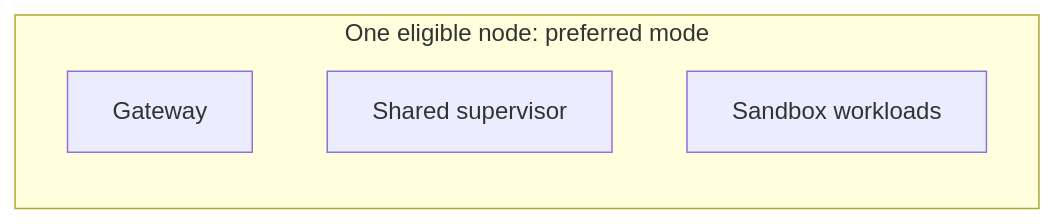
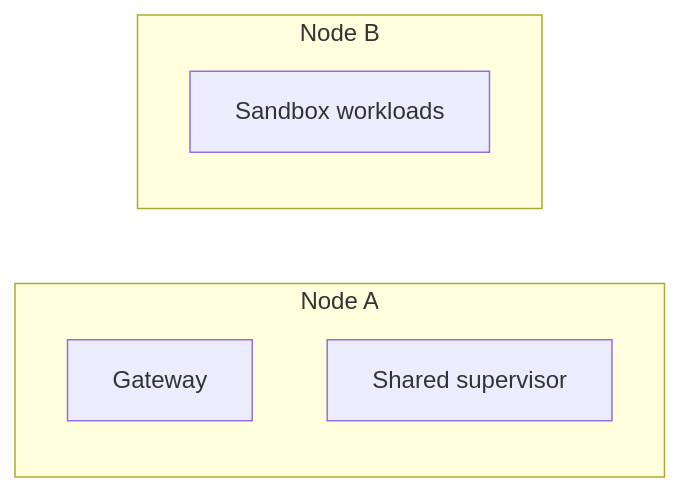
One commit to NVIDIA/OpenShell changed the first of 3 diagrams in docs/kubernetes/pod-placement.mdx. Above: the diagram before and after it, drawn with Mermaid. The commit also changed other lines of this file, not shown here.

Commit message:
docs(kubernetes): illustrate preferred placement across two nodes

````diff
--- a/docs/kubernetes/pod-placement.mdx
+++ b/docs/kubernetes/pod-placement.mdx
@@ -35,8 +34,10 @@
 ```mermaid
 flowchart LR
-    subgraph single["One eligible node: preferred mode"]
+    subgraph infrastructure["Node A"]
         gateway["Gateway"]
         supervisor["Shared supervisor"]
+    end
+    subgraph sandboxes["Node B"]
         workload["Sandbox workloads"]
     end
 ```
````
